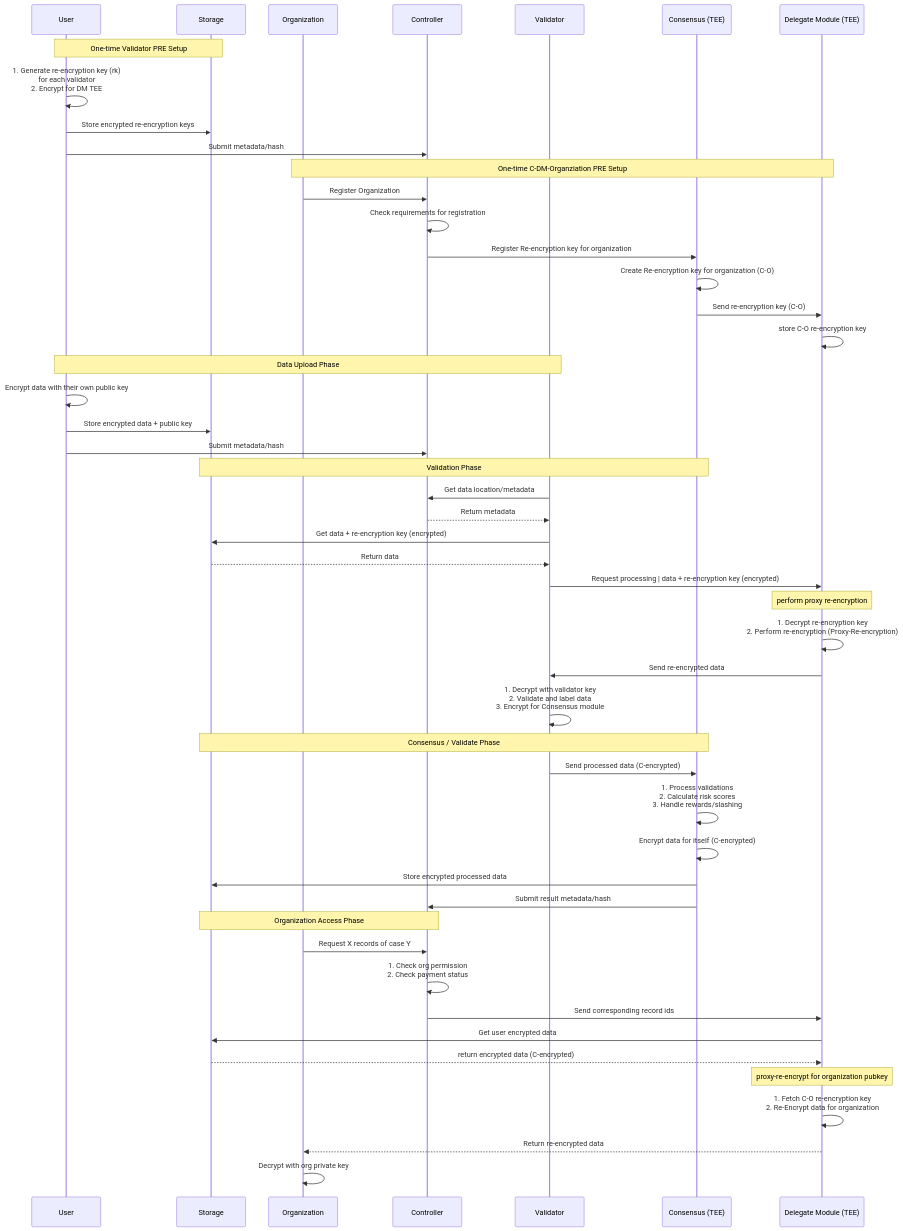
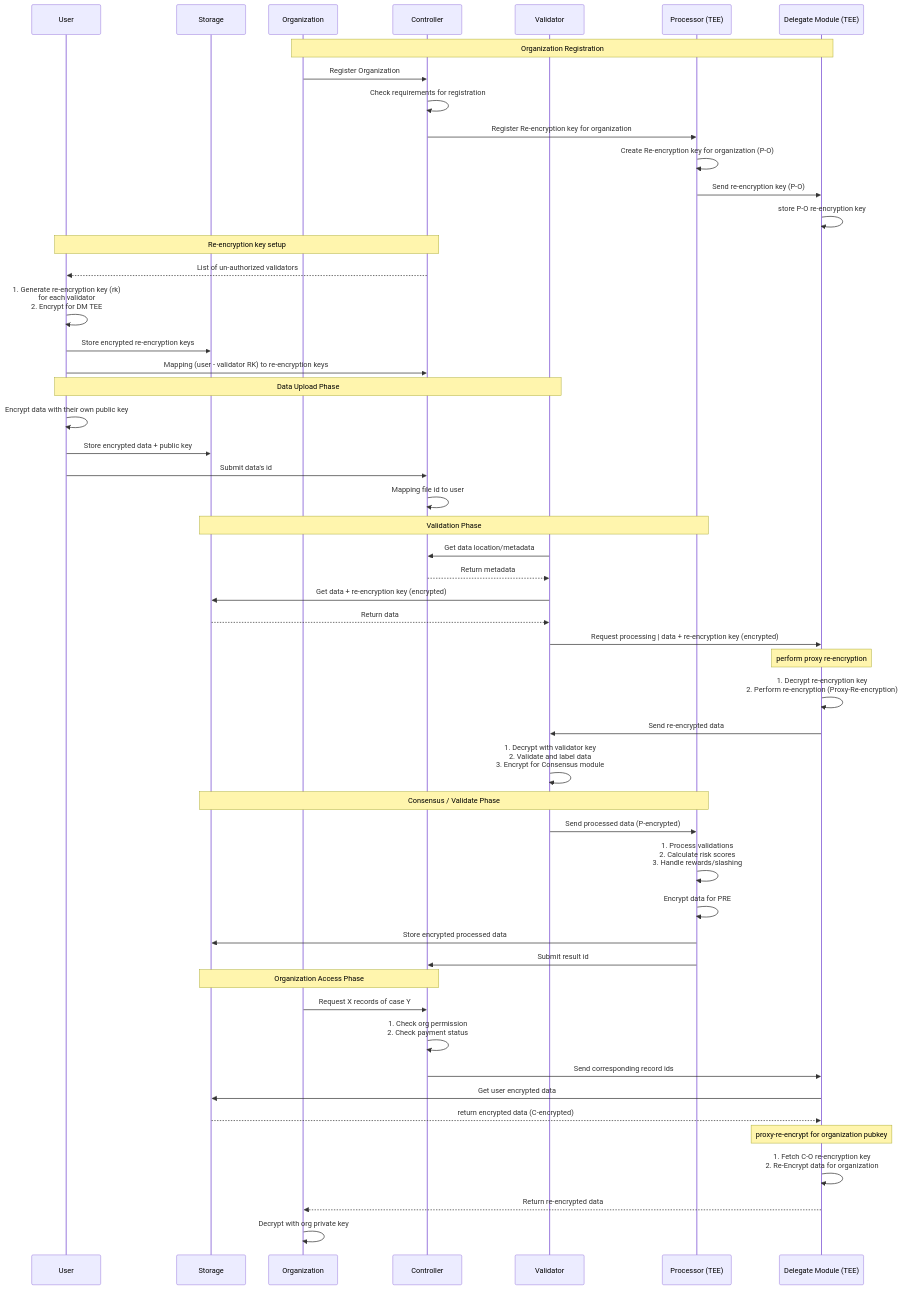
Before and after one commit to kien-genetica/secure-genom: the diagram in docs/flow/system-flow.md, drawn with Mermaid.

Commit message:
refactor: better naming for participants

````diff
--- a/docs/flow/system-flow.md
+++ b/docs/flow/system-flow.md
@@ -1,69 +1,70 @@
 ```mermaid
 sequenceDiagram
     participant U as User
     participant S as Storage
     participant O as Organization
     participant G as Controller
     participant V as Validator
-    participant C as Consensus (TEE)
+    participant P as Processor (TEE)
     participant DM as Delegate Module (TEE)
 
 
 
-    %% One-time User Validator Setup
-    Note over U,S: One-time Validator PRE Setup
+    %% One-time P-DM-Organziation PRE Setup
+    Note over O,DM: Organization Registration
+    O->>G: Register Organization
+    G->>G: Check requirements for registration
+    G->>P: Register Re-encryption key for organization
+    P->>P: Create Re-encryption key for organization (P-O)
+    P->>DM: Send re-encryption key (P-O)
+    DM->>DM: store P-O re-encryption key
+
+    %% Re-encryption key setup
+    Note over U,G: Re-encryption key setup
+    G-->>U: List of un-authorized validators
     U->>U: 1. Generate re-encryption key (rk)<br/>for each validator <br/> 2. Encrypt for DM TEE
     U->>S: Store encrypted re-encryption keys
-    U->>G: Submit metadata/hash
-
-    %% One-time C-DM-Organziation PRE Setup
-    Note over O,DM: One-time C-DM-Organziation PRE Setup
-    O->>G: Register Organization
-    G->>G: Check requirements for registration
-    G->>C: Register Re-encryption key for organization
-    C->>C: Create Re-encryption key for organization (C-O)
-    C->>DM: Send re-encryption key (C-O)
-    DM->>DM: store C-O re-encryption key
-
+    U->>G: Mapping (user - validator RK) to re-encryption keys
 
     %% Data Upload with PRE
     Note over U,V: Data Upload Phase
     U->>U: Encrypt data with their own public key
     U->>S: Store encrypted data + public key
-    U->>G: Submit metadata/hash
+    U->>G: Submit data's id
+    G->>G: Mapping file id to user
 
     %% Validator Processing
-    Note over S,C: Validation Phase
+    Note over S,P: Validation Phase
     V->>G: Get data location/metadata
     G-->>V: Return metadata
     V->>S: Get data + re-encryption key (encrypted)
     S-->>V: Return data
 
     V->>DM: Request processing | data + re-encryption key (encrypted)
     Note over DM: perform proxy re-encryption
     DM->>DM: 1. Decrypt re-encryption key<br/>2. Perform re-encryption (Proxy-Re-encryption)
     DM->>V: Send re-encrypted data
 
     V->>V: 1. Decrypt with validator key<br/>2. Validate and label data <br/> 3. Encrypt for Consensus module
 
     %% Consensus Phase
-    Note over C,S: Consensus / Validate Phase
-    V->>C: Send processed data (C-encrypted)
-    C->>C: 1. Process validations<br/>2. Calculate risk scores<br/>3. Handle rewards/slashing
-    C->>C: Encrypt data for itself (C-encrypted)
-    C->>S: Store encrypted processed data
-    C->>G: Submit result metadata/hash
+    Note over P,S: Consensus / Validate Phase
+    V->>P: Send processed data (P-encrypted)
+    P->>P: 1. Process validations<br/>2. Calculate risk scores<br/>3. Handle rewards/slashing
+    P->>P: Encrypt data for PRE
+    P->>S: Store encrypted processed data
+    P->>G: Submit result id
 
     %% Organization Access
     Note over S,G: Organization Access Phase
     O->>G: Request X records of case Y
     G->>G: 1. Check org permission <br/> 2. Check payment status
     G->>DM: Send corresponding record ids
     DM->>S: Get user encrypted data
     S-->>DM: return encrypted data (C-encrypted)
 
     Note over DM: proxy-re-encrypt for organization pubkey
     DM->>DM: 1. Fetch C-O re-encryption key <br/> 2. Re-Encrypt data for organization
     DM-->>O: Return re-encrypted data
     O->>O: Decrypt with org private key
 ```
````
